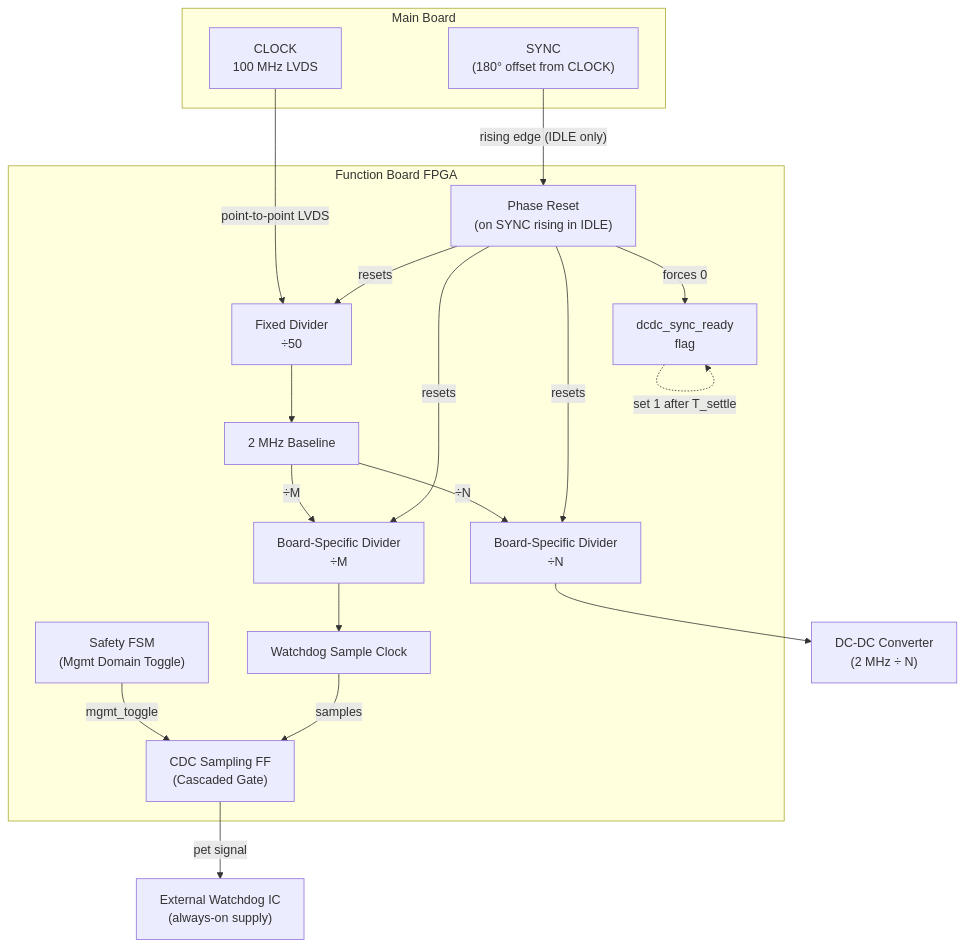
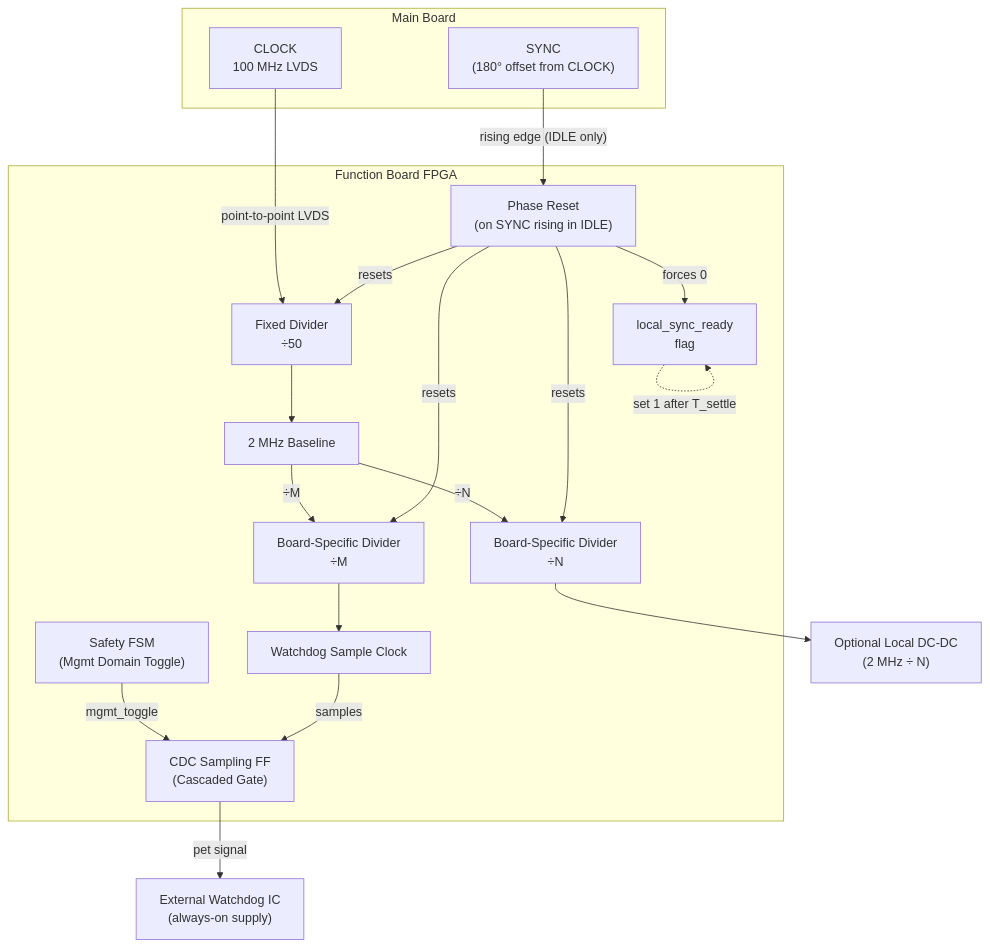
Before and after one commit to bcancinov/mdc-architecture: the diagram in decisions/ADR-004_clock_sync_distribution.md, drawn with Mermaid. The commit also changed other lines of this file and 25 other files, not shown here.

````diff
--- a/decisions/ADR-004_clock_sync_distribution.md
+++ b/decisions/ADR-004_clock_sync_distribution.md
@@ -74,40 +78,40 @@
 ```mermaid
 graph TD
     subgraph main ["Main Board"]
         CLK["CLOCK\n100 MHz LVDS"]
         SYN["SYNC\n(180° offset from CLOCK)"]
     end
 
     subgraph fn ["Function Board FPGA"]
         DIV50["Fixed Divider\n÷50"]
         BASE["2 MHz Baseline"]
         DIV_N["Board-Specific Divider\n÷N"]
         DIV_M["Board-Specific Divider\n÷M"]
         PET_CLK["Watchdog Sample Clock"]
         RST["Phase Reset\n(on SYNC rising in IDLE)"]
-        RDY["dcdc_sync_ready\nflag"]
+        RDY["local_sync_ready\nflag"]
         FSM["Safety FSM\n(Mgmt Domain Toggle)"]
         SAMP["CDC Sampling FF\n(Cascaded Gate)"]
     end
 
-    DCDC["DC-DC Converter\n(2 MHz ÷ N)"]
+    DCDC["Optional Local DC-DC\n(2 MHz ÷ N)"]
     WD["External Watchdog IC\n(always-on supply)"]
 
     CLK -- "point-to-point LVDS" --> DIV50
     DIV50 --> BASE
     BASE -- "÷N" --> DIV_N --> DCDC
     BASE -- "÷M" --> DIV_M --> PET_CLK
 
     %% Cascaded Watchdog Logic
     FSM -- "mgmt_toggle" --> SAMP
     PET_CLK -- "samples" --> SAMP
     SAMP -- "pet signal" --> WD
 
     %% Sync Logic
     SYN -- "rising edge (IDLE only)" --> RST
     RST -- "resets" --> DIV50
     RST -- "resets" --> DIV_N
     RST -- "resets" --> DIV_M
     RST -- "forces 0" --> RDY
     RDY -. "set 1 after T_settle" .-> RDY
 ```
````
